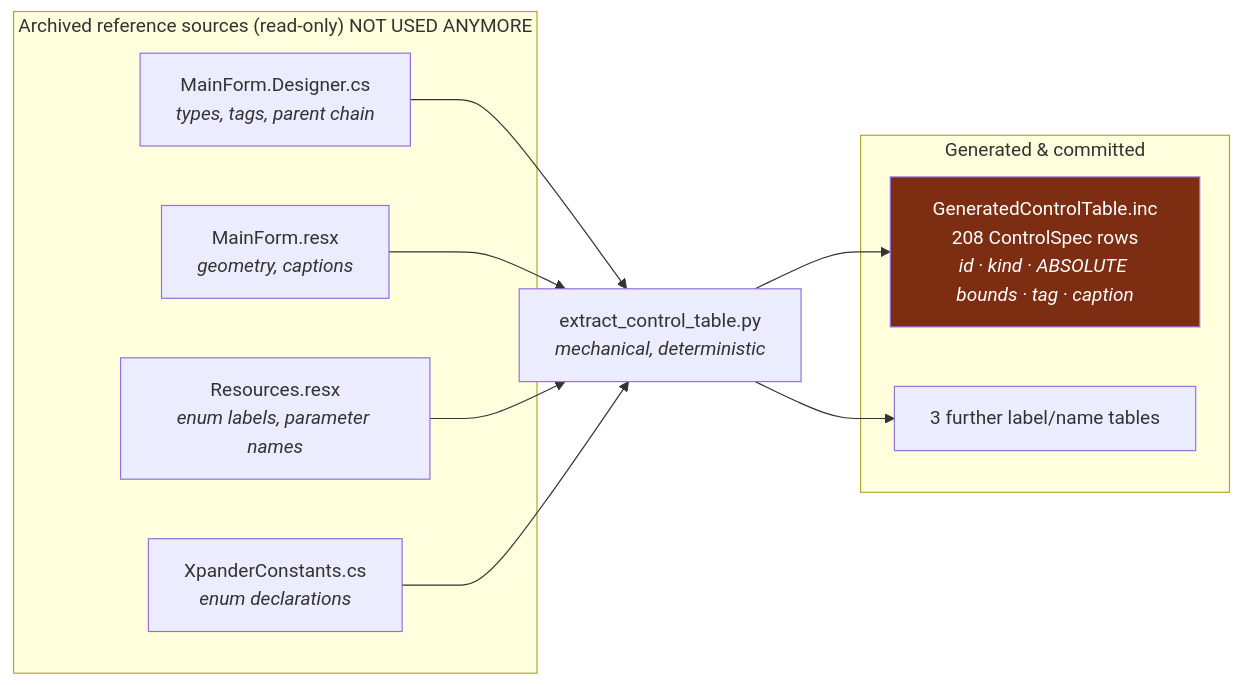
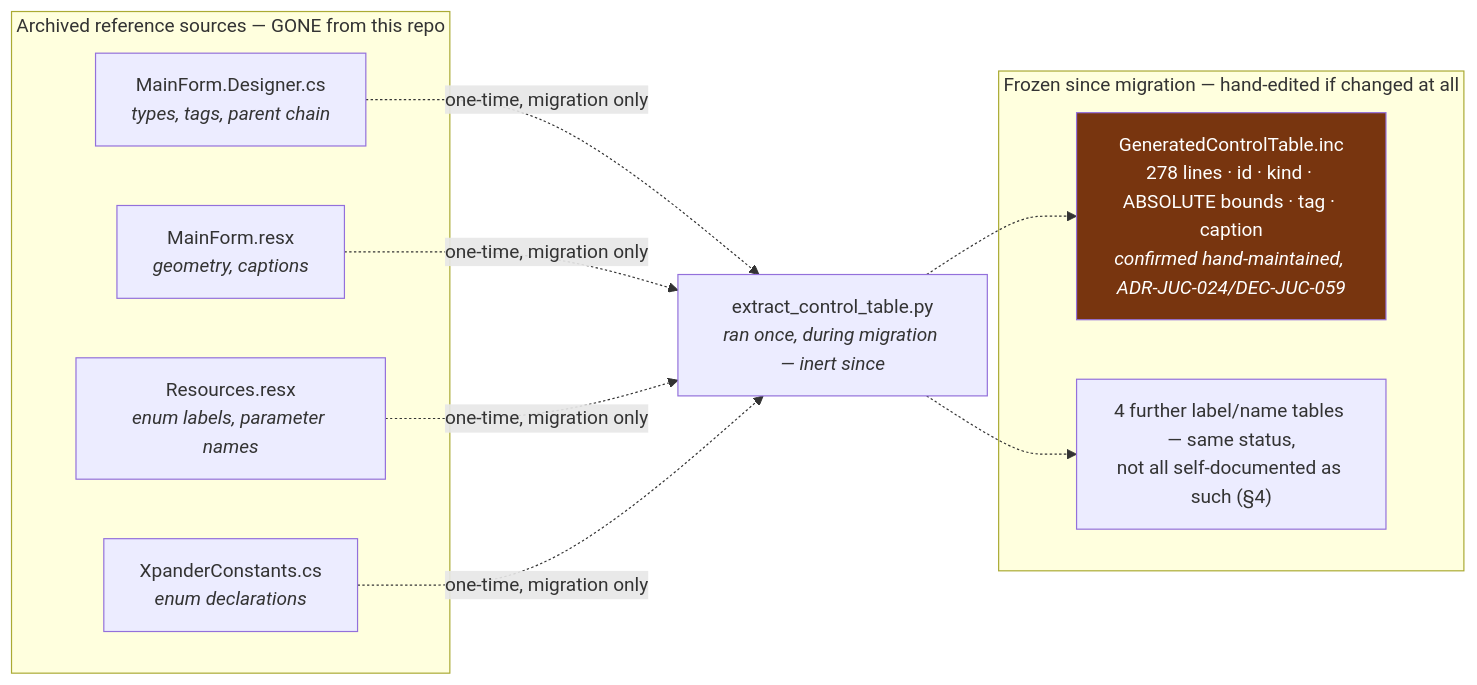
One commit to xplorer2716/XplorerEditor changed the tenth of 18 diagrams in docs/architecture-analysis.md. Above: the diagram before and after it, drawn with Mermaid. The commit also changed other lines of this file, not shown here.

First line of the commit message:
docs: correct architecture-analysis.md against verified current state

````diff
--- a/docs/architecture-analysis.md
+++ b/docs/architecture-analysis.md
@@ -562,17 +618,17 @@
 ```mermaid
 flowchart LR
-    subgraph ref ["Archived reference sources (read-only) NOT USED ANYMORE"]
+    subgraph ref ["Archived reference sources — GONE from this repo"]
         D["MainForm.Designer.cs<br/><i>types, tags, parent chain</i>"]
         R["MainForm.resx<br/><i>geometry, captions</i>"]
         RS["Resources.resx<br/><i>enum labels, parameter names</i>"]
         C["XpanderConstants.cs<br/><i>enum declarations</i>"]
     end
-    S["extract_control_table.py<br/><i>mechanical, deterministic</i>"]
-    subgraph gen ["Generated & committed"]
-        T["GeneratedControlTable.inc<br/>208 ControlSpec rows<br/><i>id · kind · ABSOLUTE bounds · tag · caption</i>"]
-        O["3 further label/name tables"]
+    S["extract_control_table.py<br/><i>ran once, during migration — inert since</i>"]
+    subgraph gen ["Frozen since migration — hand-edited if changed at all"]
+        T["GeneratedControlTable.inc<br/>278 lines · id · kind · ABSOLUTE bounds · tag · caption<br/><i>confirmed hand-maintained, ADR-JUC-024/DEC-JUC-059</i>"]
+        O["4 further label/name tables — same status,<br/>not all self-documented as such (§4)"]
     end
-    D & R & RS & C --> S --> T & O
+    D & R & RS & C -.->|"one-time, migration only"| S -.-> T & O
 
-    style T fill:#7c2d12,color:#fff
+    style T fill:#78350f,color:#fff
 ```
````
